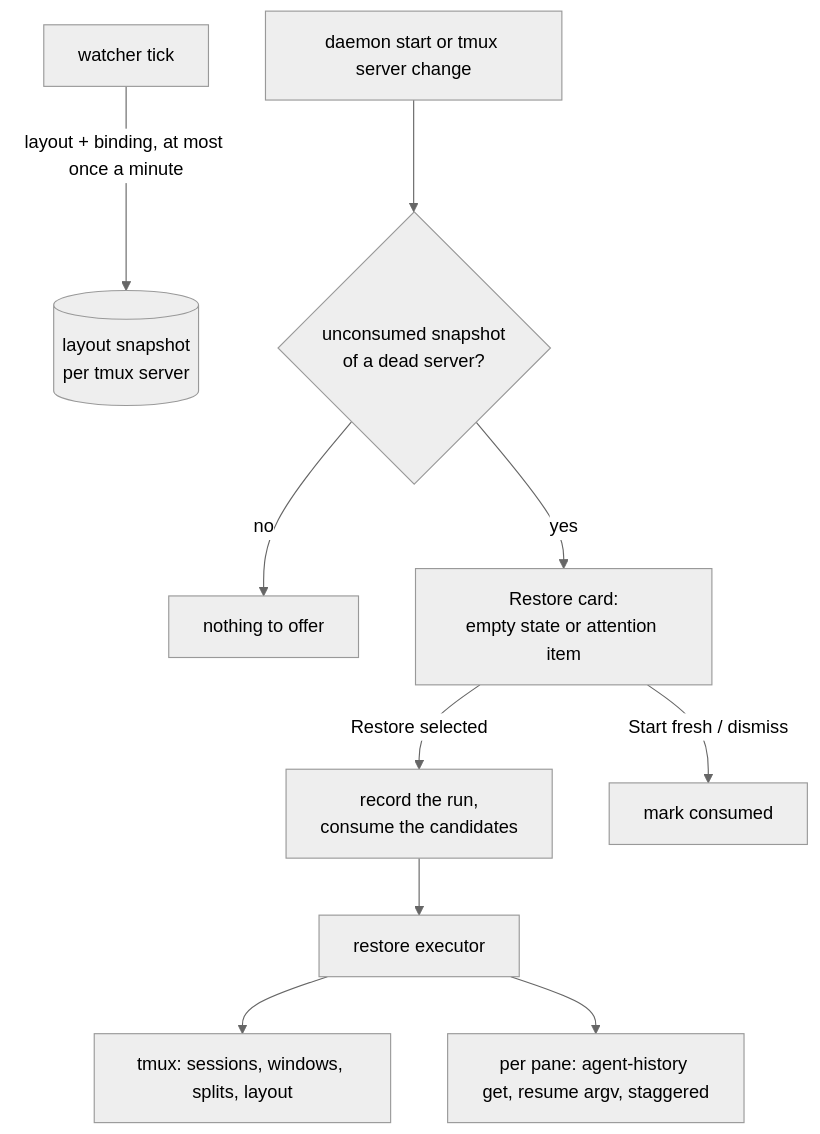
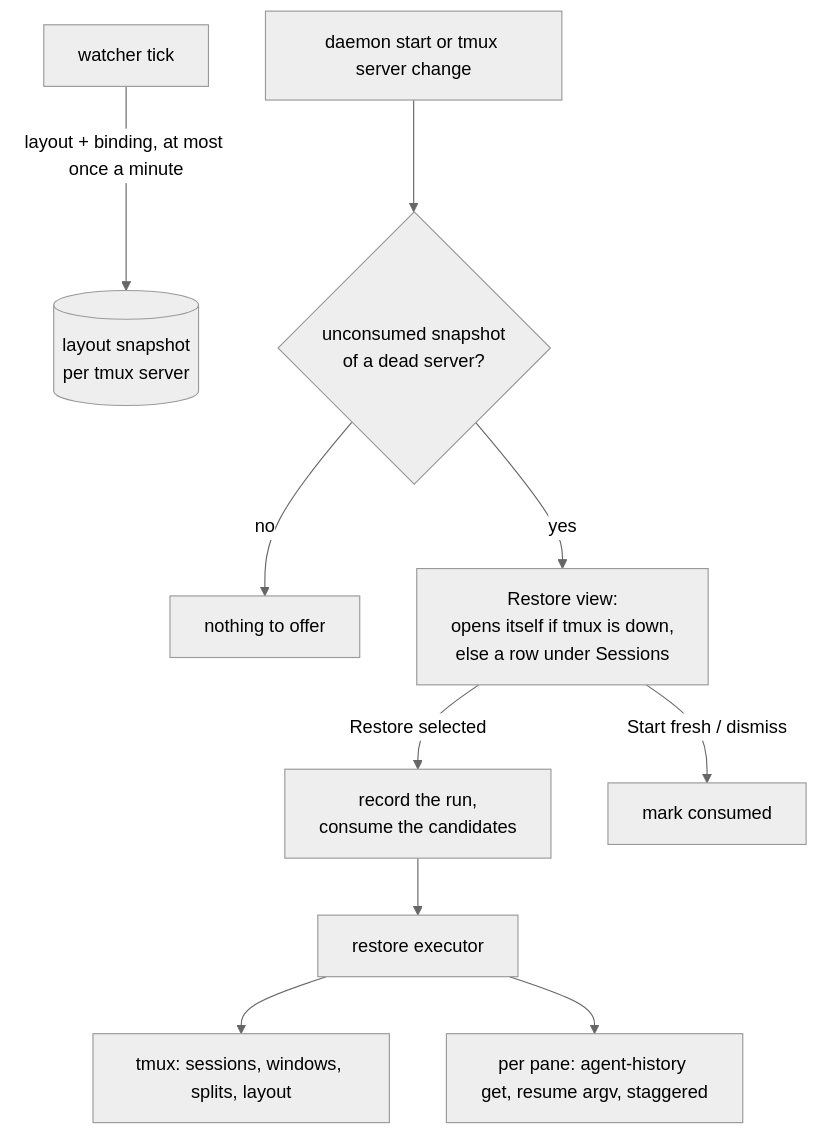
The diagram in docs/design/reboot-restore.md (querystory/tmux-rc), drawn with Mermaid (neutral theme) before and after one commit. The commit also changed other lines of this file, not shown here.

First line of the commit message:
Reboot-restore design: the 2026-10-14 field test, and the offer as its own view

````diff
--- a/docs/design/reboot-restore.md
+++ b/docs/design/reboot-restore.md
@@ -237,11 +252,11 @@
 ```mermaid
 flowchart TD
   W[watcher tick] -->|layout + binding, at most once a minute| S[(layout snapshot<br>per tmux server)]
   B[daemon start or tmux server change] --> C{unconsumed snapshot<br>of a dead server?}
   C -- no --> N[nothing to offer]
-  C -- yes --> R[Restore card:<br>empty state or attention item]
+  C -- yes --> R[Restore view:<br>opens itself if tmux is down,<br>else a row under Sessions]
   R -- Restore selected --> D2[record the run,<br>consume the candidates] --> X[restore executor]
   R -- Start fresh / dismiss --> D[mark consumed]
   X --> T[tmux: sessions, windows, splits, layout]
   X --> A[per pane: agent-history get, resume argv, staggered]
 ```
````
